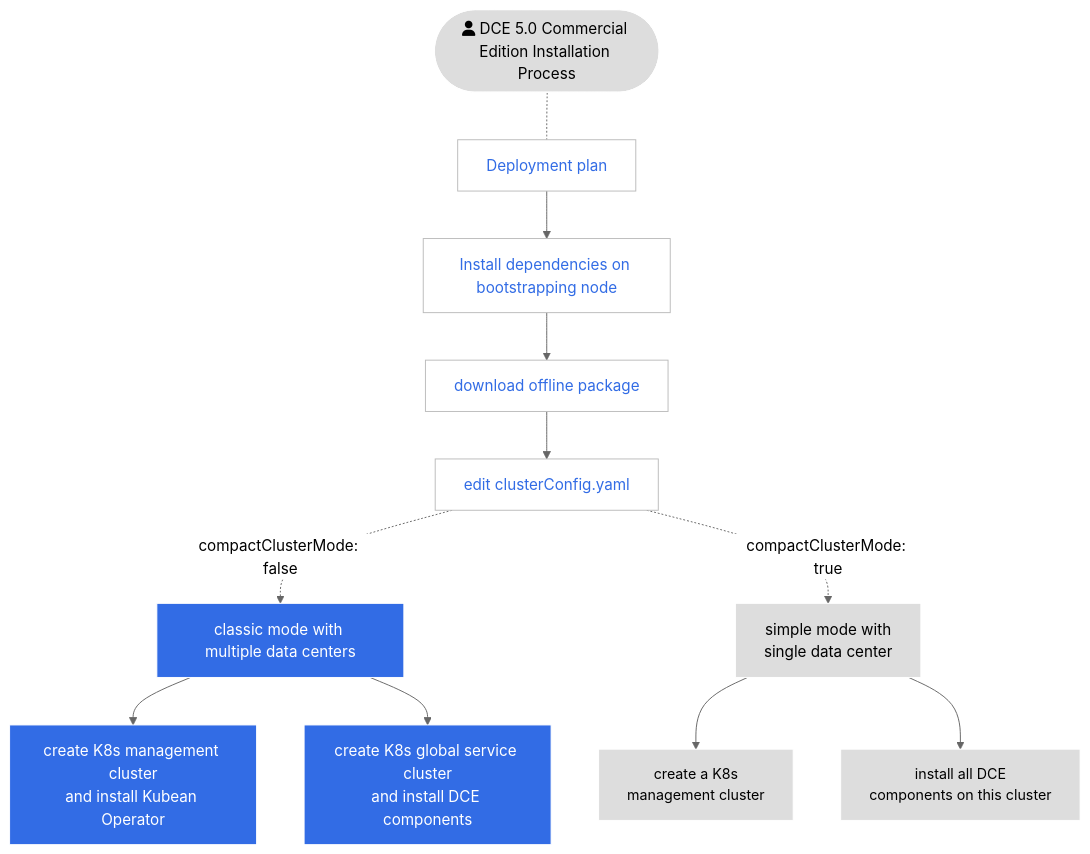
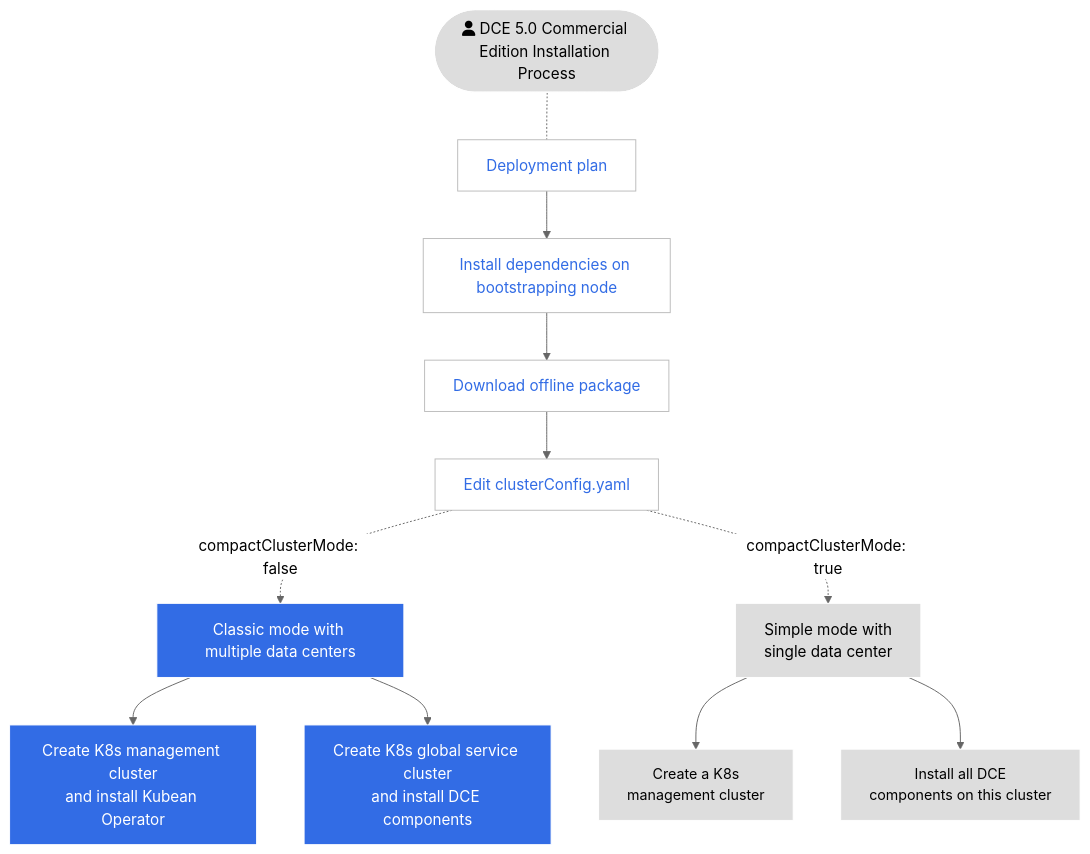
The second of 2 diagrams in docs/en/docs/install/intro.md (DaoCloud/DaoCloud-docs), drawn with Mermaid (neutral theme) before and after one commit. The commit also changed other lines of this file and 6 other files, not shown here.

````diff
--- a/docs/en/docs/install/intro.md
+++ b/docs/en/docs/install/intro.md
@@ -78,34 +78,34 @@
 ```mermaid
 flowchart TB
 
     start([fa:fa-user DCE 5.0 Commercial Edition Installation Process]) -.- deploy[Deployment plan]
     deploy --> tools[Install dependencies on bootstrapping node]
-    tools --> download[download offline package]
-    download --> config[edit clusterConfig.yaml]
+    tools --> download[Download offline package]
+    download --> config[Edit clusterConfig.yaml]
 
-    config -.compactClusterMode: false.-> typical[classic mode with multiple data centers]
-    typical --> mng2[create K8s management cluster<br>and install Kubean Operator]
-    typical --> gsc2[create K8s global service cluster<br>and install DCE components]
+    config -.compactClusterMode: false.-> typical[Classic mode with multiple data centers]
+    typical --> mng2[Create K8s management cluster<br>and install Kubean Operator]
+    typical --> gsc2[Create K8s global service cluster<br>and install DCE components]
 
-    config -.compactClusterMode: true.-> simple[simple mode with<br>single data center]
-    simple --> k8s1[create a K8s<br>management cluster]
-    simple --> gsc1[install all DCE<br>components on this cluster]
+    config -.compactClusterMode: true.-> simple[Simple mode with<br>single data center]
+    simple --> k8s1[Create a K8s<br>management cluster]
+    simple --> gsc1[Install all DCE<br>components on this cluster]
 
 classDef grey fill:#dddddd,stroke:#ffffff,stroke-width:1px,color:#000000, font-size:15px;
 classDef white fill:#ffffff,stroke:#000,stroke-width:1px,color:#000,font-weight:bold
 classDef spacewhite fill:#ffffff,stroke:#fff,stroke-width:0px,color:#000
 classDef plain fill:#ddd,stroke:#fff,stroke-width:1px,color:#000;
 classDef k8s fill:#326ce5,stroke:#fff,stroke-width:1px,color:#fff;
 classDef cluster fill:#fff,stroke:#bbb,stroke-width:1px,color:#326ce5;
 
 class deploy,tools,download,config cluster
 class typical,k8s,mng2,gsc2,k8s2 k8s
 class simple,start plain
 class gsc1,k8s1 grey
 
 click deploy "https://docs.daocloud.io/en/install/commercial/deploy-plan/"
 click tools "https://docs.daocloud.io/en/install/install-tools/"
 click download "https://docs.daocloud.io/en/install/commercial/download-file/"
 click config "https://docs.daocloud.io/en/install/commercial/clusterconfig/"
 click typical,simple "https://docs.daocloud.io/en/install/commercial/start-install/"
 ```
````
